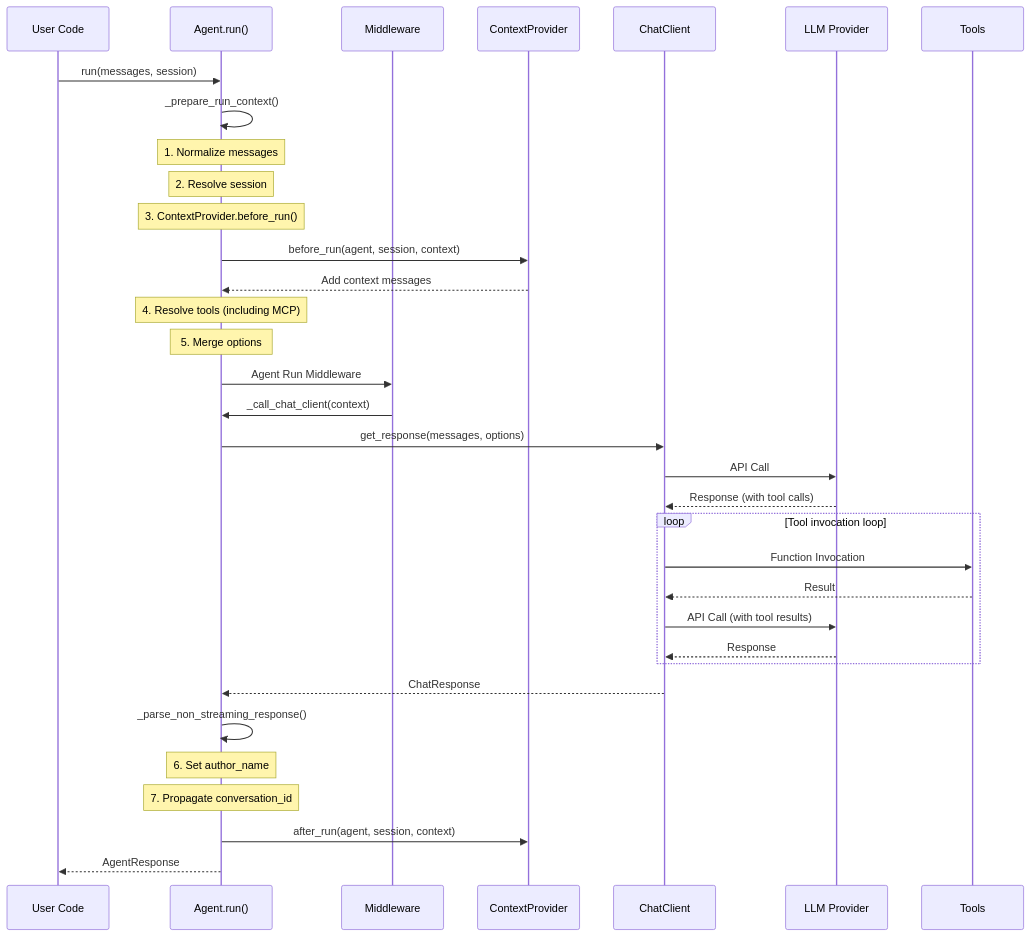
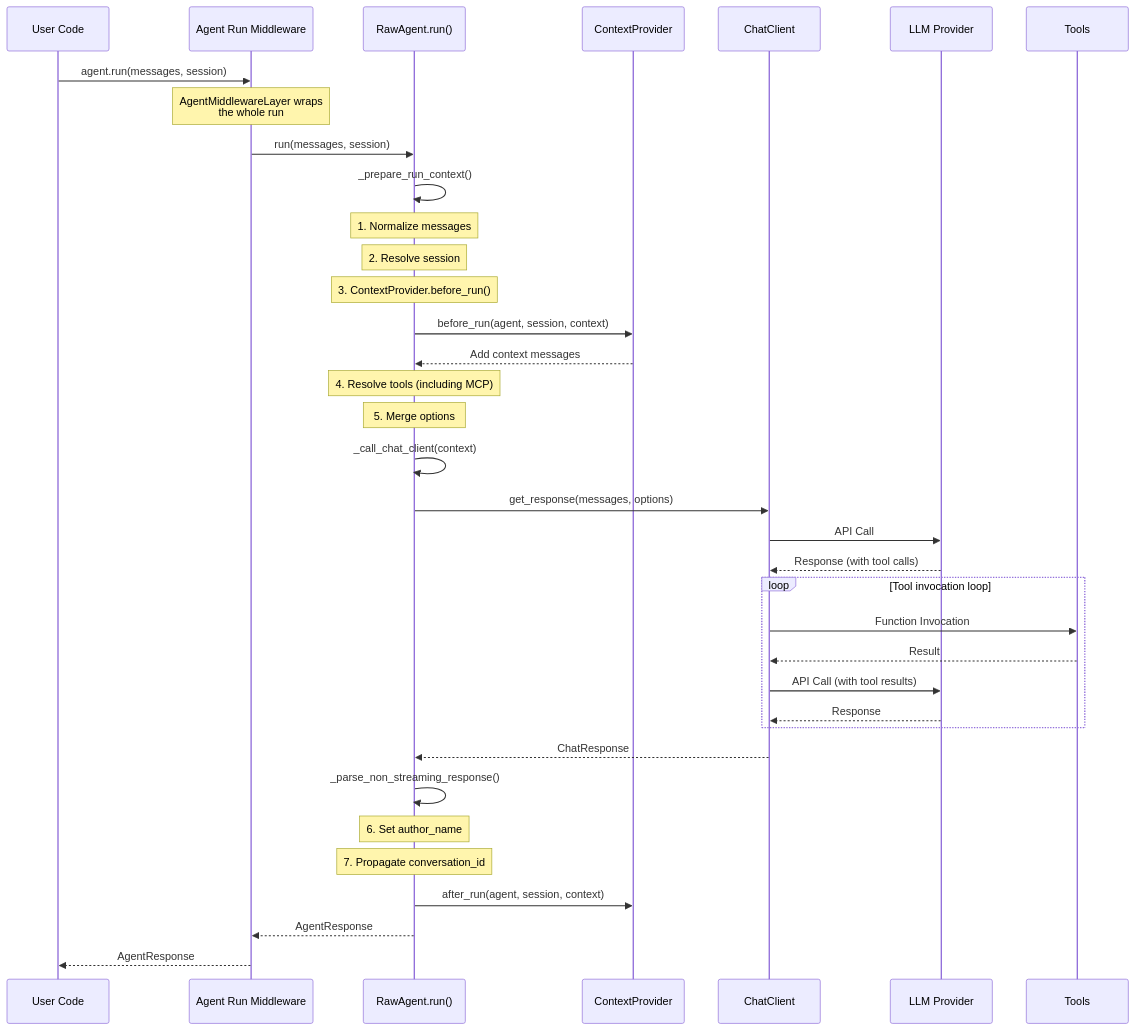
The third of 6 diagrams in content/blog/en/agent-framework.mdx (yoichiozaki/yoichiozaki.github.io), drawn with Mermaid before and after one commit. The commit also changed other lines of this file and 220 other files, not shown here.

````diff
--- a/content/blog/en/agent-framework.mdx
+++ b/content/blog/en/agent-framework.mdx
@@ -173,43 +173,44 @@
 ```mermaid
 sequenceDiagram
     participant User as User Code
-    participant Agent as Agent.run()
-    participant Middleware as Middleware
+    participant Middleware as Agent Run Middleware
+    participant Agent as RawAgent.run()
     participant Context as ContextProvider
     participant Client as ChatClient
     participant LLM as LLM Provider
     participant Tools as Tools
     
-    User->>Agent: run(messages, session)
+    User->>Middleware: agent.run(messages, session)
+    Note over Middleware: AgentMiddlewareLayer wraps<br/>the whole run
+    Middleware->>Agent: run(messages, session)
     Agent->>Agent: _prepare_run_context()
     
     Note over Agent: 1. Normalize messages
     Note over Agent: 2. Resolve session
     Note over Agent: 3. ContextProvider.before_run()
     Agent->>Context: before_run(agent, session, context)
     Context-->>Agent: Add context messages
     
     Note over Agent: 4. Resolve tools (including MCP)
     Note over Agent: 5. Merge options
     
-    Agent->>Middleware: Agent Run Middleware
-    Middleware->>Agent: _call_chat_client(context)
-    
+    Agent->>Agent: _call_chat_client(context)
     Agent->>Client: get_response(messages, options)
     Client->>LLM: API Call
     LLM-->>Client: Response (with tool calls)
     
     loop Tool invocation loop
         Client->>Tools: Function Invocation
         Tools-->>Client: Result
         Client->>LLM: API Call (with tool results)
         LLM-->>Client: Response
     end
     
     Client-->>Agent: ChatResponse
     Agent->>Agent: _parse_non_streaming_response()
     Note over Agent: 6. Set author_name
     Note over Agent: 7. Propagate conversation_id
     Agent->>Context: after_run(agent, session, context)
-    Agent-->>User: AgentResponse
+    Agent-->>Middleware: AgentResponse
+    Middleware-->>User: AgentResponse
 ```
````
